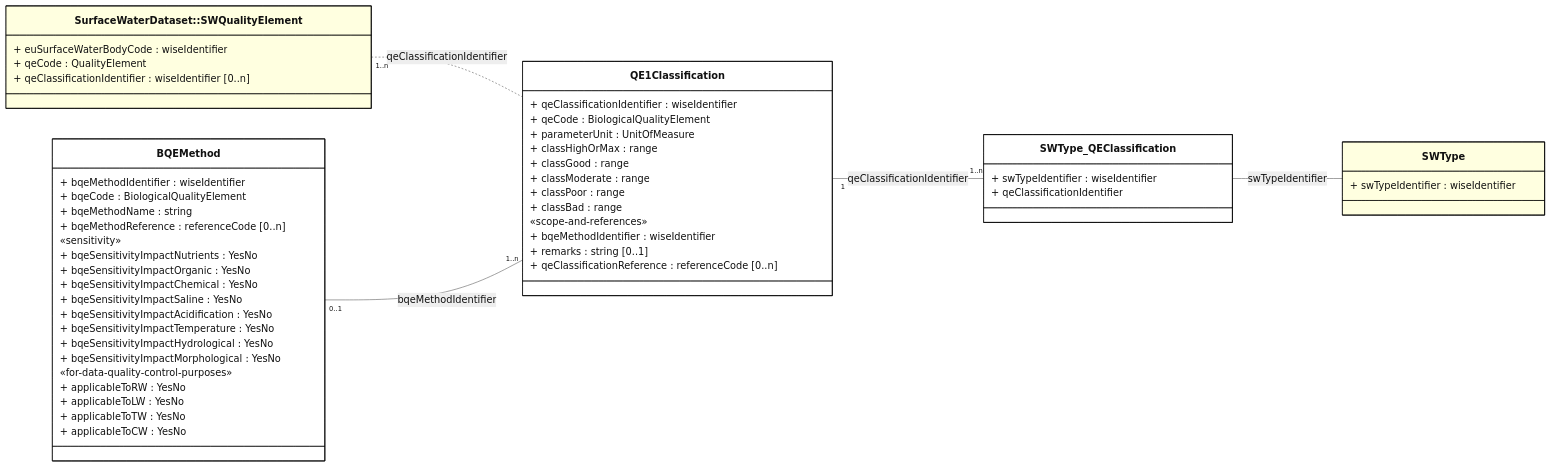
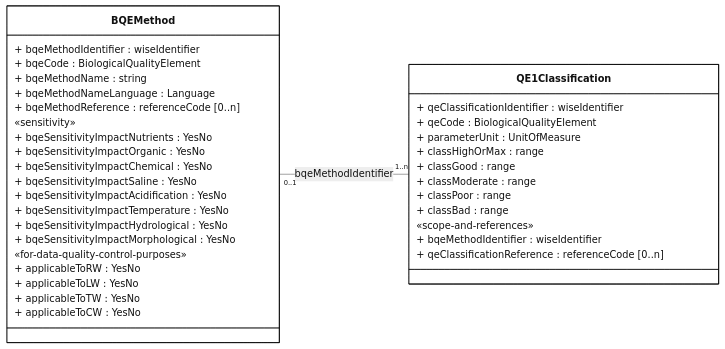
One commit to eeadata/WISE.WFD.Documentation changed the diagram in docs/DataModelReview/mmd/SurfaceWaterMethodologies_4thCycle_BQEMethod_QE1Classification_ClassDiagram.mmd. Above: the diagram before and after it, drawn with Mermaid. The commit also changed 14 other files, not shown here.

Commit message:
SWMethodologies - Improving the readability of the diagrams

```diff
--- a/docs/DataModelReview/mmd/SurfaceWaterMethodologies_4thCycle_BQEMethod_QE1Classification_ClassDiagram.mmd
+++ b/docs/DataModelReview/mmd/SurfaceWaterMethodologies_4thCycle_BQEMethod_QE1Classification_ClassDiagram.mmd
@@ -1,73 +1,53 @@
 ---
 config:
   class:
     hideEmptyMembersBox: true
   layout: dagre
   theme: neutral
 ---
 classDiagram
 direction LR
 
-class SWType:::partial {
-+ swTypeIdentifier : wiseIdentifier
-}
-
-class SWQualityElement["SurfaceWaterDataset::SWQualityElement"]:::partial{
-+ euSurfaceWaterBodyCode : wiseIdentifier
-+ qeCode : QualityElement
-+ qeClassificationIdentifier : wiseIdentifier [0..n]
-}
-
 class BQEMethod{
 + bqeMethodIdentifier : wiseIdentifier
 + bqeCode : BiologicalQualityElement
 + bqeMethodName : string
++ bqeMethodNameLanguage : Language
 + bqeMethodReference : referenceCode [0..n]
 
 «sensitivity»
 + bqeSensitivityImpactNutrients : YesNo
 + bqeSensitivityImpactOrganic : YesNo
 + bqeSensitivityImpactChemical : YesNo
 + bqeSensitivityImpactSaline : YesNo
 + bqeSensitivityImpactAcidification : YesNo
 + bqeSensitivityImpactTemperature : YesNo
 + bqeSensitivityImpactHydrological : YesNo
 + bqeSensitivityImpactMorphological : YesNo
 
 «for-data-quality-control-purposes»
 + applicableToRW : YesNo
 + applicableToLW : YesNo
 + applicableToTW : YesNo
 + applicableToCW : YesNo
 }
 
 class QE1Classification{
 + qeClassificationIdentifier : wiseIdentifier
 + qeCode : BiologicalQualityElement
 + parameterUnit : UnitOfMeasure
 + classHighOrMax : range
 + classGood : range
 + classModerate : range
 + classPoor : range
 + classBad : range
 «scope-and-references»
-
 + bqeMethodIdentifier : wiseIdentifier 
-+ remarks : string [0..1]
 + qeClassificationReference : referenceCode [0..n]
 }
 
-class SWType_QEClassification{
-+ swTypeIdentifier : wiseIdentifier
-+ qeClassificationIdentifier
-}
-
-SWQualityElement "1..n" .. QE1Classification : qeClassificationIdentifier
-
 BQEMethod "0..1" -- "1..n" QE1Classification : bqeMethodIdentifier
-QE1Classification "1" -- "1..n" SWType_QEClassification : qeClassificationIdentifier
-SWType_QEClassification -- SWType : swTypeIdentifier
 
 classDef default fill:white,stroke:#000;
 classDef forFixing fill:white,stroke:#f00;
 classDef partial fill:lightyellow,stroke:#000;
```
